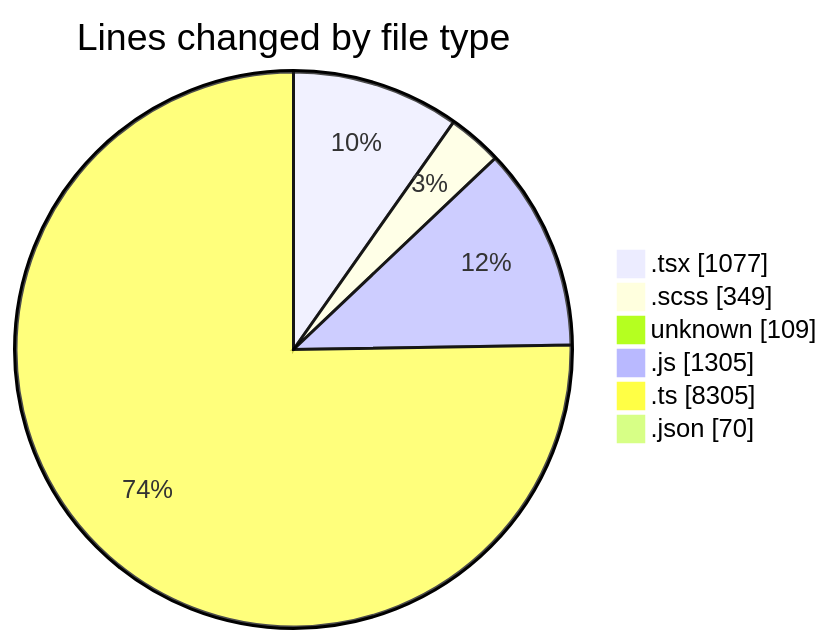
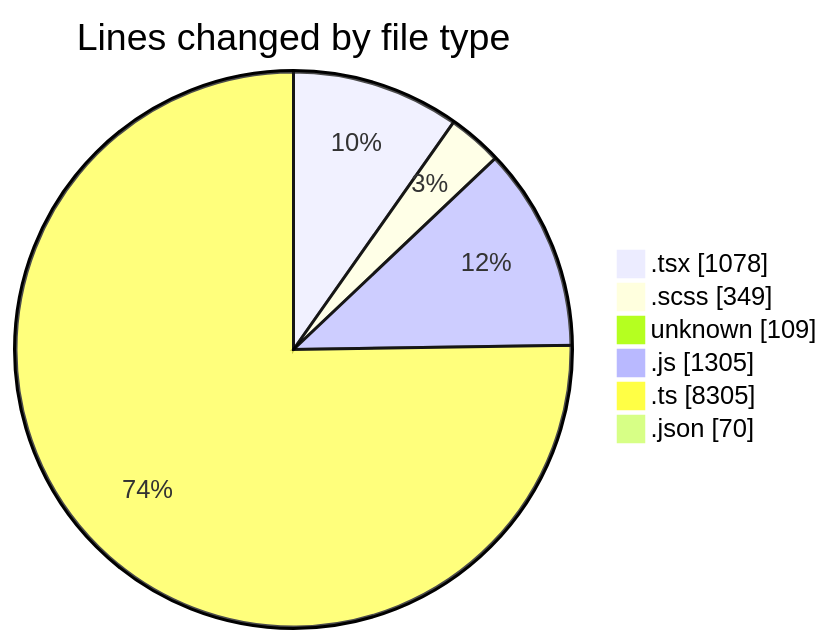
One commit to momahboobian/code-tracking changed the first of 2 diagrams in 2026-04-16/cda/README.md. Above: the diagram before and after it, drawn with Mermaid. The commit also changed other lines of this file and 1 other file, not shown here.

````diff
--- a/2026-04-16/cda/README.md
+++ b/2026-04-16/cda/README.md
@@ -37,10 +37,10 @@
 ```mermaid
 pie showData
 title Lines changed by file type
-".tsx" : 1077
+".tsx" : 1078
 ".scss" : 349
 "unknown" : 109
 ".js" : 1305
 ".ts" : 8305
 ".json" : 70
 ```
````
